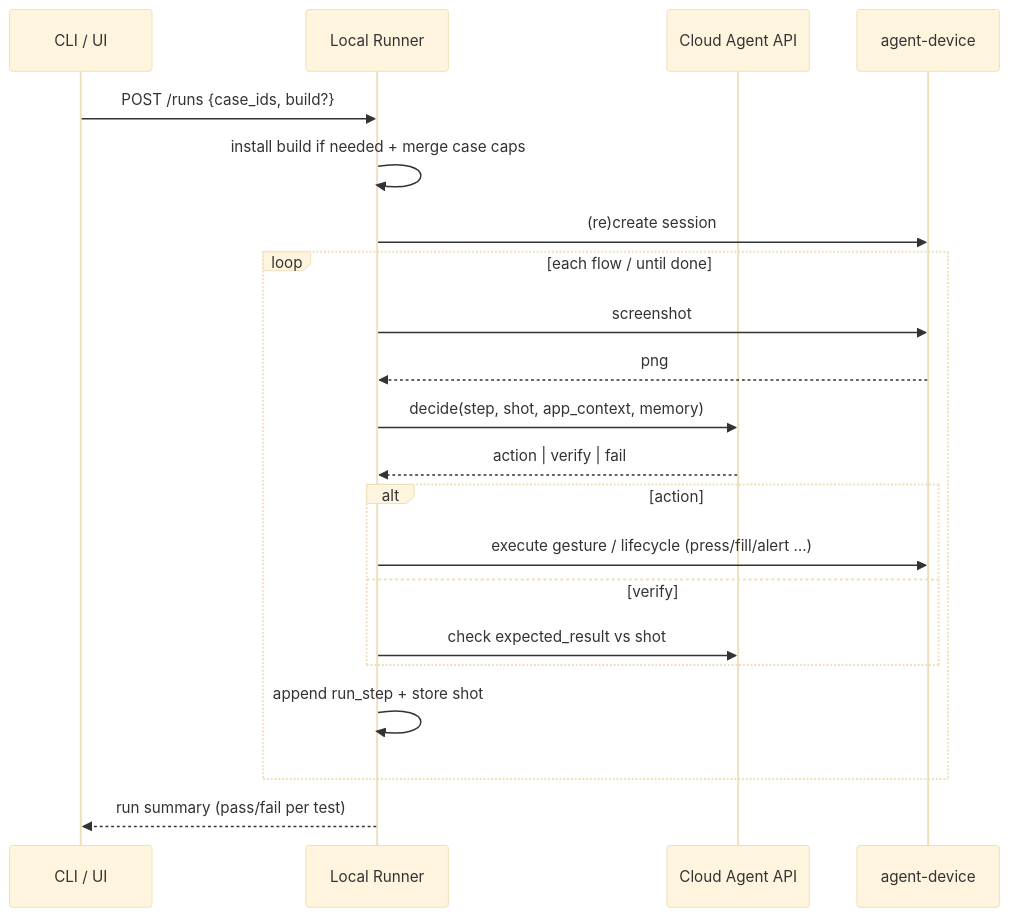
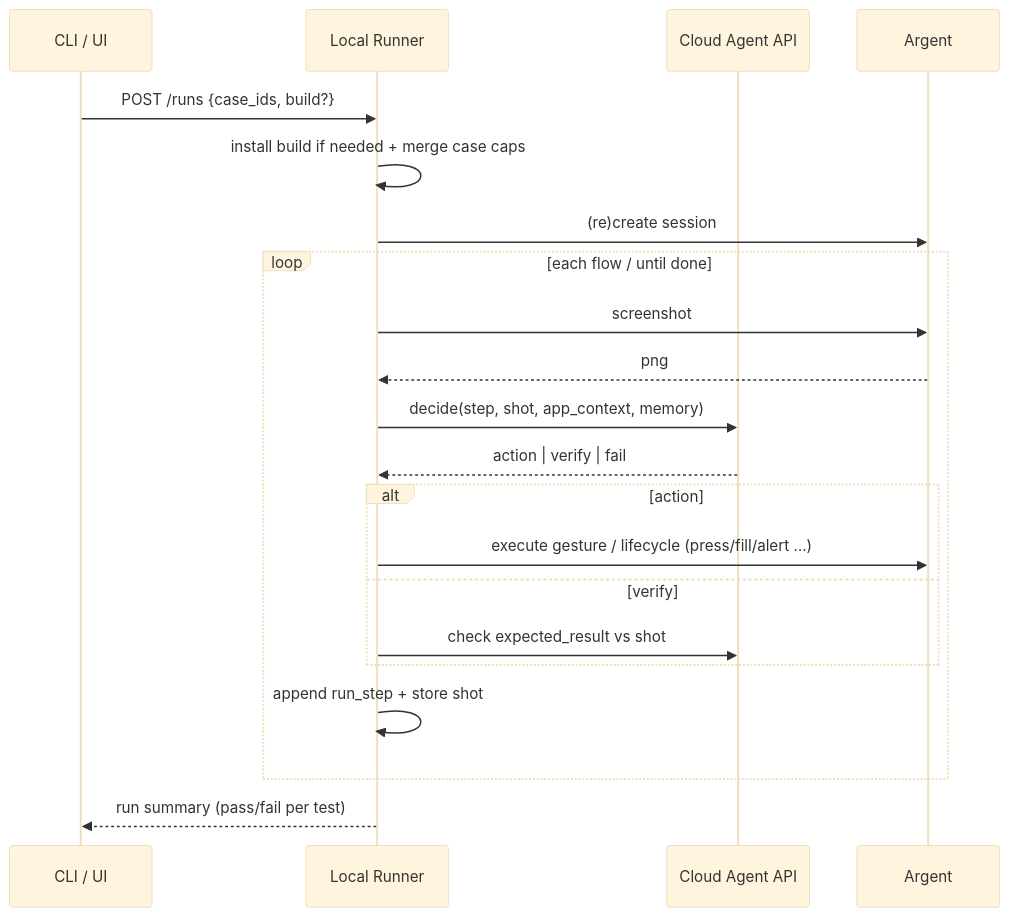
Before and after one commit to Aris-ngoy/qa-agent: the third of 3 diagrams in ARCHITECTURE.md, drawn with Mermaid (base theme). The commit also changed other lines of this file and 75 other files, not shown here.

First line of the commit message:
feat(devices): complete Argent migration, remove agent-device

````diff
--- a/ARCHITECTURE.md
+++ b/ARCHITECTURE.md
@@ -458,24 +458,24 @@
 ```mermaid
 sequenceDiagram
   participant CLI as CLI / UI
   participant R as Local Runner
   participant C as Cloud Agent API
-  participant A as agent-device
+  participant A as Argent
 
   CLI->>R: POST /runs {case_ids, build?}
   R->>R: install build if needed + merge case caps
   R->>A: (re)create session
   loop each flow / until done
     R->>A: screenshot
     A-->>R: png
     R->>C: decide(step, shot, app_context, memory)
     C-->>R: action | verify | fail
     alt action
       R->>A: execute gesture / lifecycle (press/fill/alert …)
     else verify
       R->>C: check expected_result vs shot
     end
     R->>R: append run_step + store shot
   end
   R-->>CLI: run summary (pass/fail per test)
 ```
````
